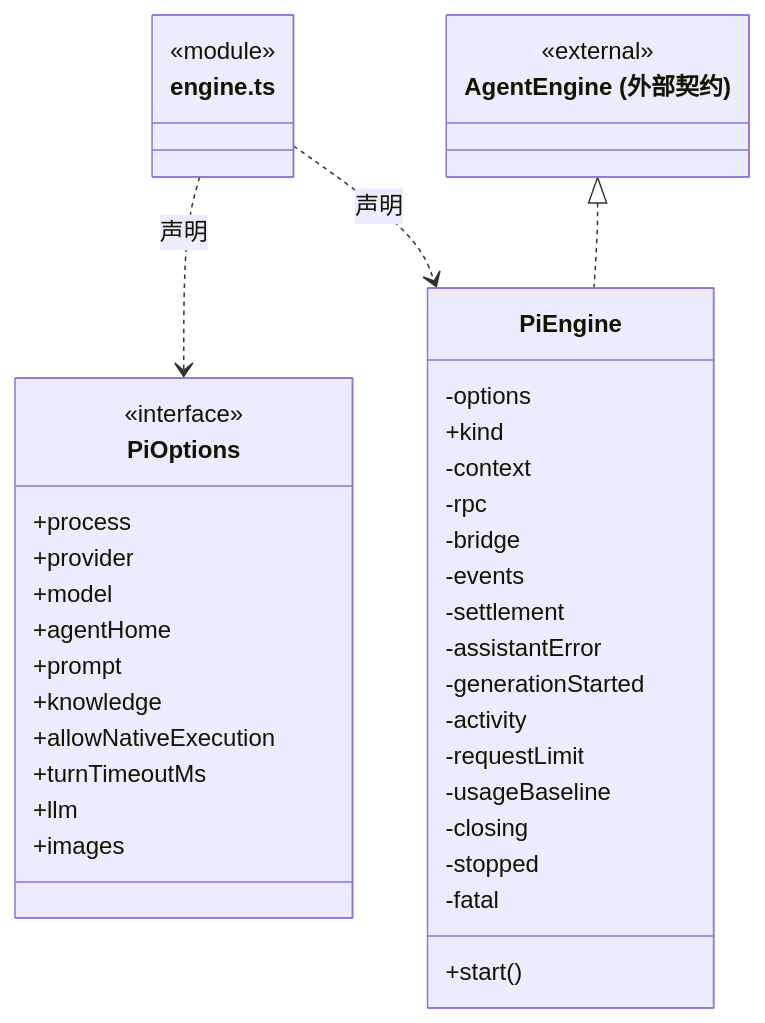
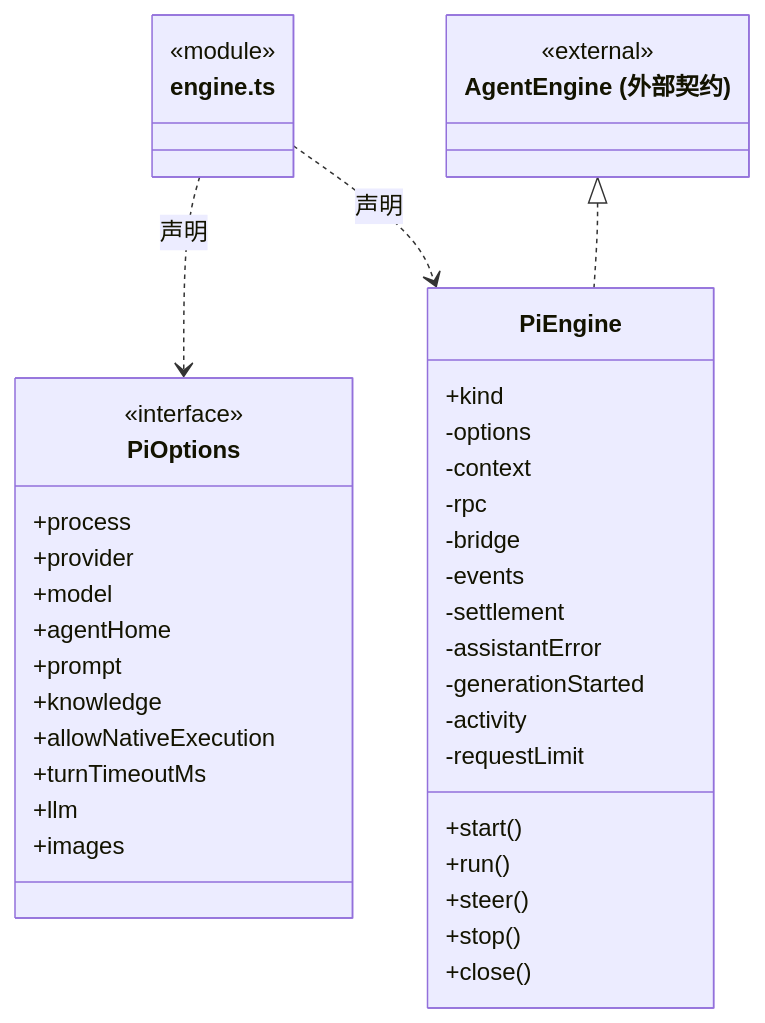
The third of 8 diagrams in src/backend/core/brain/pi/ARCHITECTURE.md (nan023062/cbim), drawn with Mermaid before and after one commit. The commit also changed other lines of this file and 240 other files, not shown here.

````diff
--- a/src/backend/core/brain/pi/ARCHITECTURE.md
+++ b/src/backend/core/brain/pi/ARCHITECTURE.md
@@ -46,43 +57,43 @@
 ```mermaid
 classDiagram
 class N_src_backend_core_brain_pi_engine_ts["engine.ts"] {
   <<module>>
 }
 class N_src_backend_core_brain_pi_engine_ts_PiOptions["PiOptions"] {
   <<interface>>
   +process
   +provider
   +model
   +agentHome
   +prompt
   +knowledge
   +allowNativeExecution
   +turnTimeoutMs
   +llm
   +images
 }
 N_src_backend_core_brain_pi_engine_ts ..> N_src_backend_core_brain_pi_engine_ts_PiOptions : 声明
 class N_src_backend_core_brain_pi_engine_ts_PiEngine["PiEngine"] {
+  +kind
+  +start()
+  +run()
+  +steer()
+  +stop()
+  +close()
   -options
-  +kind
   -context
   -rpc
   -bridge
   -events
   -settlement
   -assistantError
   -generationStarted
   -activity
   -requestLimit
-  -usageBaseline
-  -closing
-  -stopped
-  -fatal
-  +start()
 }
 N_src_backend_core_brain_pi_engine_ts ..> N_src_backend_core_brain_pi_engine_ts_PiEngine : 声明
 class N_src_backend_core_brain_pi_engine_ts_external_AgentEngine["AgentEngine (外部契约)"] {
   <<external>>
 }
 N_src_backend_core_brain_pi_engine_ts_external_AgentEngine <|.. N_src_backend_core_brain_pi_engine_ts_PiEngine
 ```
````
